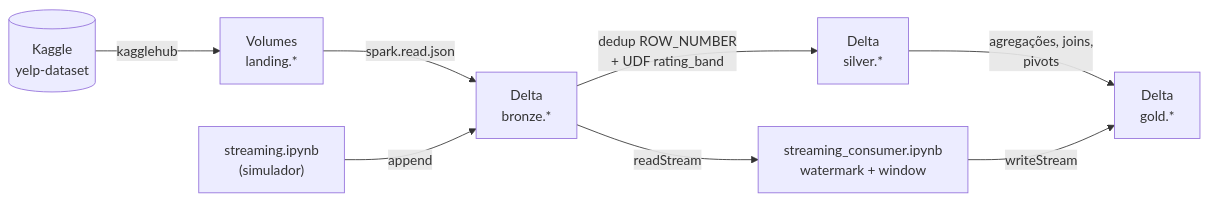
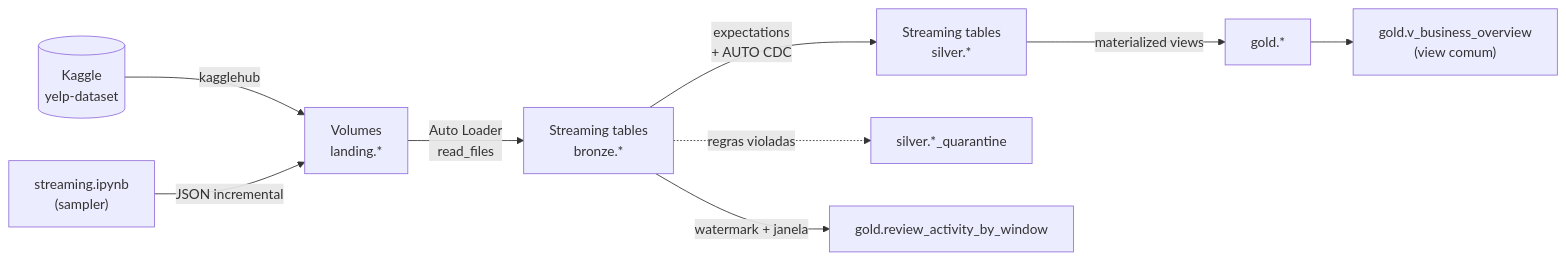
One commit to rehpires/yelp-dataset-spark changed the diagram in README.md. Above: the diagram before and after it, drawn with Mermaid. The commit also changed other lines of this file and 21 other files, not shown here.

First line of the commit message:
feat: Implement DLT Gold layer with materialized views and streaming tables

````diff
--- a/README.md
+++ b/README.md
@@ -7,11 +7,11 @@
 ```mermaid
 flowchart LR
     kaggle[("Kaggle\nyelp-dataset")] -->|kagglehub| landing["Volumes\nlanding.*"]
-    landing -->|spark.read.json| bronze["Delta\nbronze.*"]
-    bronze -->|dedup ROW_NUMBER\n+ UDF rating_band| silver["Delta\nsilver.*"]
-    silver -->|agregações, joins,\npivots| gold["Delta\ngold.*"]
-
-    sim["streaming.ipynb\n(simulador)"] -->|append| bronze
-    bronze -->|readStream| consumer["streaming_consumer.ipynb\nwatermark + window"]
-    consumer -->|writeStream| gold
+    sim["streaming.ipynb\n(sampler)"] -->|JSON incremental| landing
+    landing -->|Auto Loader\nread_files| bronze["Streaming tables\nbronze.*"]
+    bronze -->|expectations\n+ AUTO CDC| silver["Streaming tables\nsilver.*"]
+    bronze -.->|regras violadas| quarantine["silver.*_quarantine"]
+    silver -->|materialized views| gold["gold.*"]
+    bronze -->|watermark + janela| window["gold.review_activity_by_window"]
+    gold --> view["gold.v_business_overview\n(view comum)"]
 ```
````
